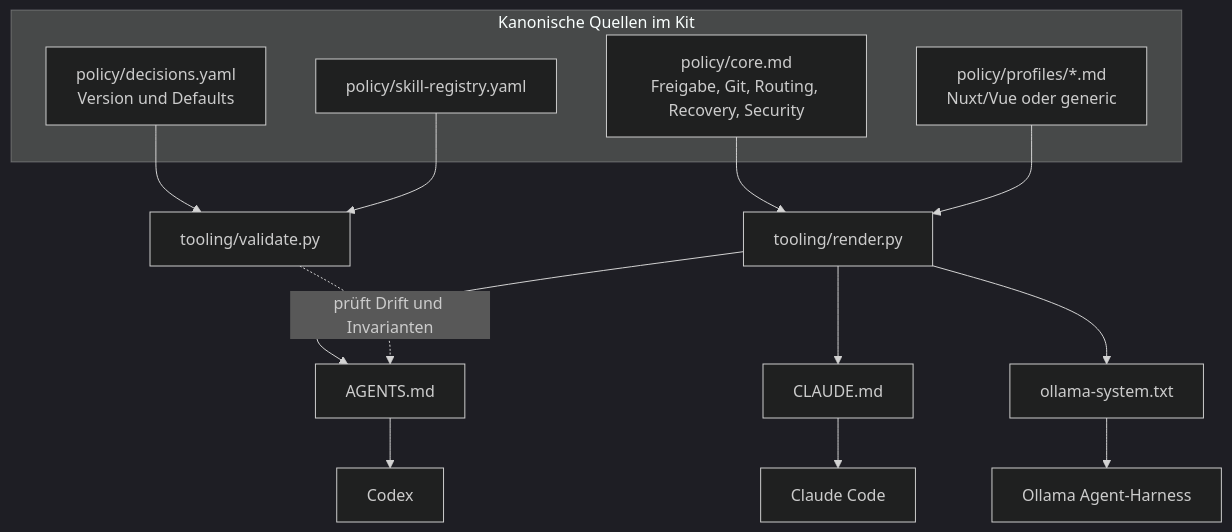
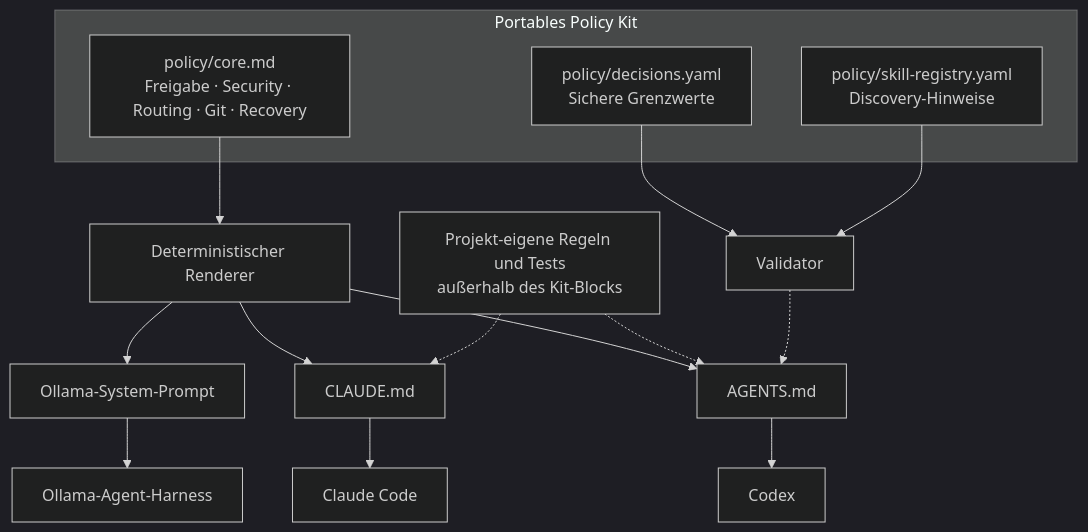
One commit to pancoda-software/portable-agentic-policy-kit changed the first of 2 diagrams in docs/01-architektur.md. Above: the diagram before and after it, drawn with Mermaid (dark theme). The commit also changed other lines of this file and 35 other files, not shown here.

First line of the commit message:
feat(policy): publish framework-agnostic kit v1.2.0

````diff
--- a/docs/01-architektur.md
+++ b/docs/01-architektur.md
@@ -9,20 +7,20 @@
 ```mermaid
 flowchart TB
-    subgraph SOURCE["Kanonische Quellen im Kit"]
-       CORE["policy/core.md\nFreigabe, Git, Routing, Recovery, Security"]
-       DEC["policy/decisions.yaml\nVersion und Defaults"]
-       PROF["policy/profiles/*.md\nNuxt/Vue oder generic"]
-       SKILLS["policy/skill-registry.yaml"]
+    subgraph KIT["Portables Policy Kit"]
+       CORE["policy/core.md\nFreigabe · Security · Routing · Git · Recovery"]
+       DEC["policy/decisions.yaml\nSichere Grenzwerte"]
+       REG["policy/skill-registry.yaml\nDiscovery-Hinweise"]
     end
-    CORE --> RENDER["tooling/render.py"]
-    DEC --> VALID["tooling/validate.py"]
-    PROF --> RENDER
-    SKILLS --> VALID
-    RENDER --> AGENTS["AGENTS.md"]
-    RENDER --> CLAUDE["CLAUDE.md"]
-    RENDER --> OLLAMA["ollama-system.txt"]
-    AGENTS --> CODEX["Codex"]
-    CLAUDE --> CC["Claude Code"]
-    OLLAMA --> OH["Ollama Agent-Harness"]
-    VALID -. "prüft Drift und Invarianten" .-> AGENTS
+    CORE --> RENDER["Deterministischer Renderer"]
+    DEC --> VALID["Validator"]
+    REG --> VALID
+    RENDER --> A["AGENTS.md"]
+    RENDER --> C["CLAUDE.md"]
+    RENDER --> O["Ollama-System-Prompt"]
+    A --> CODEX["Codex"]
+    C --> CLAUDE["Claude Code"]
+    O --> HARNESS["Ollama-Agent-Harness"]
+    PROJECT["Projekt-eigene Regeln und Tests\naußerhalb des Kit-Blocks"] -.-> A
+    PROJECT -.-> C
+    VALID -.-> A
 ```
````
